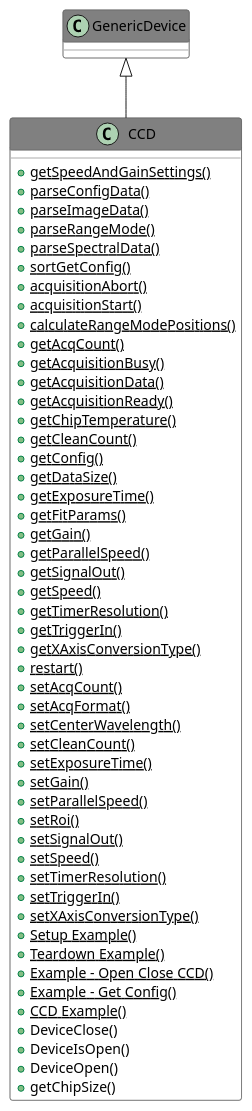
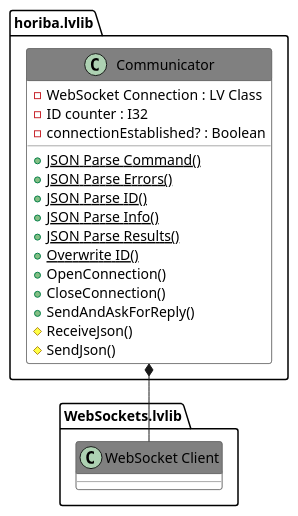
One commit to HORIBAEzSpecSDK/labview-sdk changed the diagram in docs/Includes/008.adoc. Above: the diagram before and after it, drawn with PlantUML. The commit also changed other lines of this file and 211 other files, not shown here.

```diff
--- a/docs/Includes/008.adoc
+++ b/docs/Includes/008.adoc
@@ -9,68 +9,33 @@
 [plantuml, format="svg", align="center"]
 ....
 @startuml
 set namespaceSeparator :
 skinparam ClassBackgroundColor #FFFFFF
 skinparam ClassBorderColor #555555
 skinparam ClassFontColor #000000
 skinparam ClassHeaderBackgroundColor #808080
 
 skinparam top to bottom direction
-class "CCD" {
-{static} {method} +getSpeedAndGainSettings()
-{static} {method} +parseConfigData()
-{static} {method} +parseImageData()
-{static} {method} +parseRangeMode()
-{static} {method} +parseSpectralData()
-{static} {method} +sortGetConfig()
-{static} {method} +acquisitionAbort()
-{static} {method} +acquisitionStart()
-{static} {method} +calculateRangeModePositions()
-{static} {method} +getAcqCount()
-{static} {method} +getAcquisitionBusy()
-{static} {method} +getAcquisitionData()
-{static} {method} +getAcquisitionReady()
-{static} {method} +getChipTemperature()
-{static} {method} +getCleanCount()
-{static} {method} +getConfig()
-{static} {method} +getDataSize()
-{static} {method} +getExposureTime()
-{static} {method} +getFitParams()
-{static} {method} +getGain()
-{static} {method} +getParallelSpeed()
-{static} {method} +getSignalOut()
-{static} {method} +getSpeed()
-{static} {method} +getTimerResolution()
-{static} {method} +getTriggerIn()
-{static} {method} +getXAxisConversionType()
-{static} {method} +restart()
-{static} {method} +setAcqCount()
-{static} {method} +setAcqFormat()
-{static} {method} +setCenterWavelength()
-{static} {method} +setCleanCount()
-{static} {method} +setExposureTime()
-{static} {method} +setGain()
-{static} {method} +setParallelSpeed()
-{static} {method} +setRoi()
-{static} {method} +setSignalOut()
-{static} {method} +setSpeed()
-{static} {method} +setTimerResolution()
-{static} {method} +setTriggerIn()
-{static} {method} +setXAxisConversionType()
-{static} {method} +Setup Example()
-{static} {method} +Teardown Example()
-{static} {method} +Example - Open Close CCD()
-{static} {method} +Example - Get Config()
-{static} {method} +CCD Example()
-{method} +DeviceClose()
-{method} +DeviceIsOpen()
-{method} +DeviceOpen()
-{method} +getChipSize()
+class "horiba.lvlib:Communicator" {
+{field} -WebSocket Connection : LV Class
+{field} -ID counter : I32
+{field} -connectionEstablished? : Boolean
+{static} {method} +JSON Parse Command()
+{static} {method} +JSON Parse Errors()
+{static} {method} +JSON Parse ID()
+{static} {method} +JSON Parse Info()
+{static} {method} +JSON Parse Results()
+{static} {method} +Overwrite ID()
+{method} +OpenConnection()
+{method} +CloseConnection()
+{method} +SendAndAskForReply()
+{method} #ReceiveJson()
+{method} #SendJson()
 
 }
-"GenericDevice" <|-- "CCD"
+"horiba.lvlib:Communicator" *-- "WebSockets.lvlib:WebSocket Client"
 
 
 
 @enduml
 ....
```
